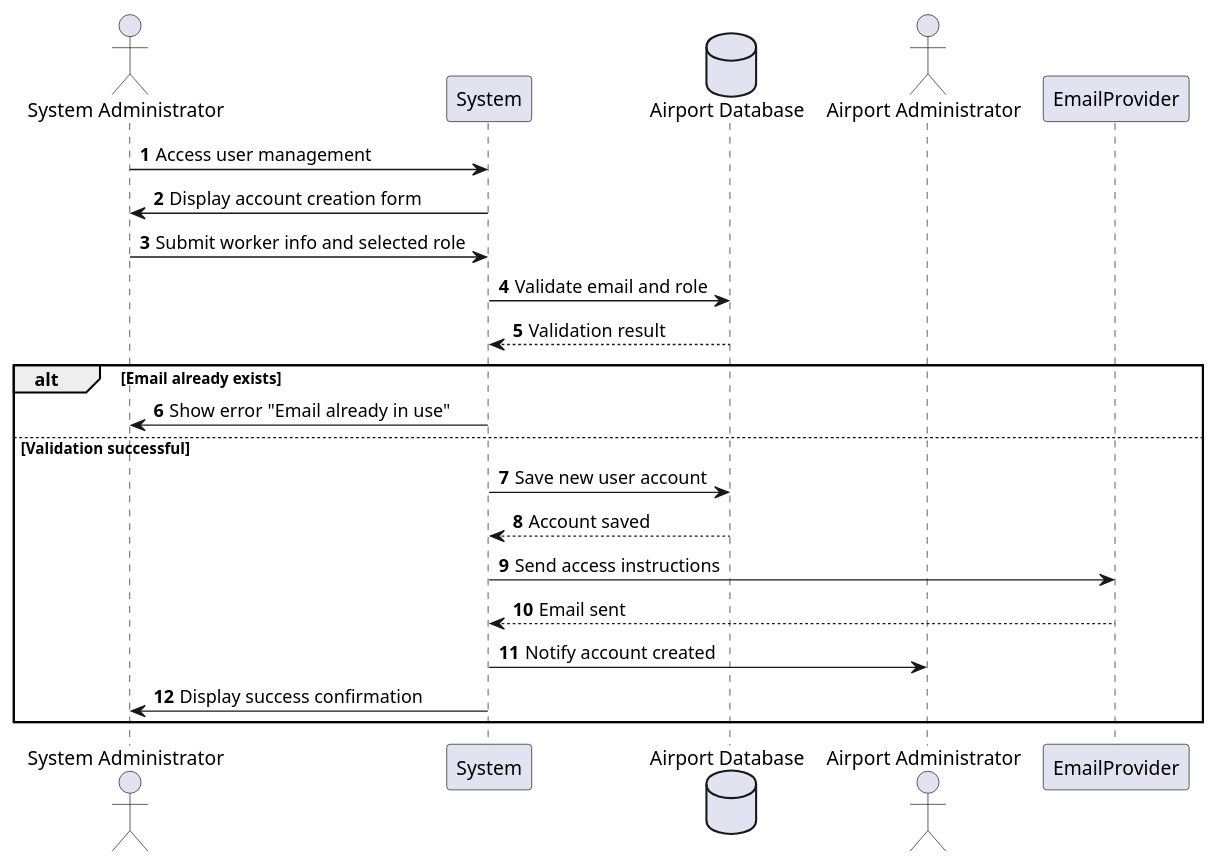
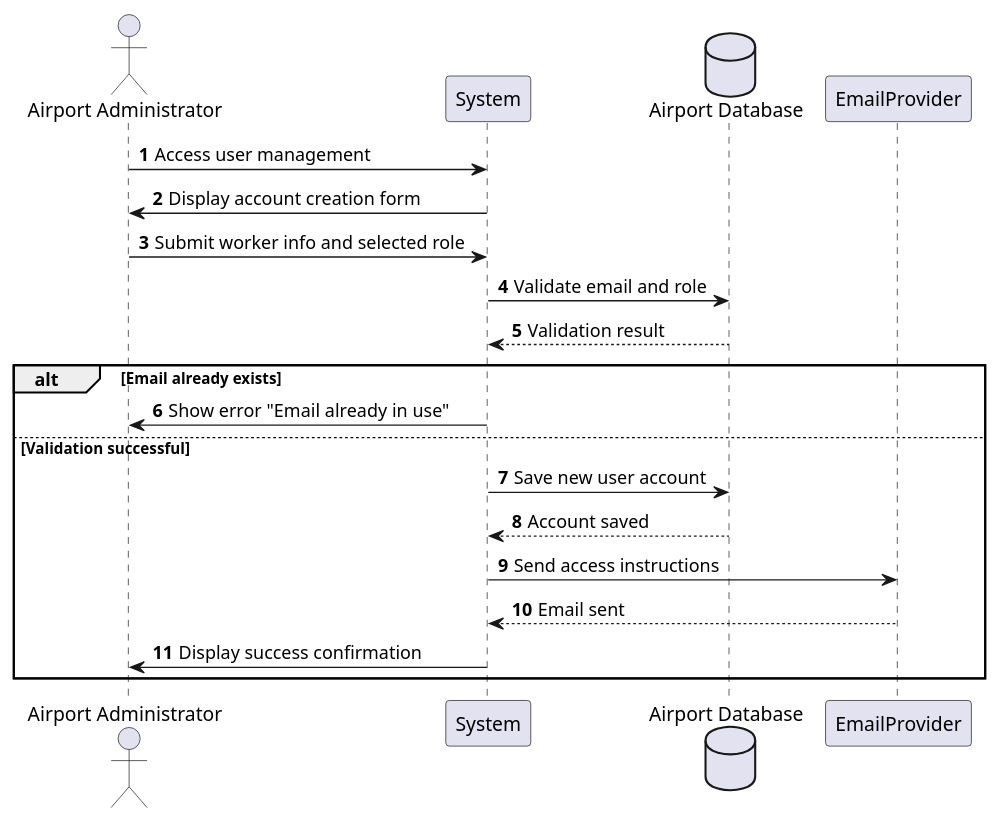
The diagram in docs/uml/UC25.puml (pls-lcu/airpal-SE-25-26-), drawn with PlantUML before and after one commit. The commit also changed 6 other files, not shown here.

Commit message:
merge SystemAdministrator into AirportAdministrator

```diff
--- a/docs/uml/UC25.puml
+++ b/docs/uml/UC25.puml
@@ -1,27 +1,25 @@
 @startuml UC25_UserManagement
 autonumber
 
-actor "System Administrator" as SystemAdministrator
+actor "Airport Administrator" as AirportAdministrator
 participant "System" as Sys
 database "Airport Database" as DB
-actor "Airport Administrator" as AirportAdministrator
 participant "EmailProvider" as EmailProvider
 
-SystemAdministrator -> Sys : Access user management
-Sys -> SystemAdministrator : Display account creation form
-SystemAdministrator -> Sys : Submit worker info and selected role
+AirportAdministrator -> Sys : Access user management
+Sys -> AirportAdministrator : Display account creation form
+AirportAdministrator -> Sys : Submit worker info and selected role
 Sys -> DB : Validate email and role
 DB --> Sys : Validation result
 
 alt Email already exists
-    Sys -> SystemAdministrator : Show error "Email already in use"
+    Sys -> AirportAdministrator : Show error "Email already in use"
 else Validation successful
     Sys -> DB : Save new user account
     DB --> Sys : Account saved
     Sys -> EmailProvider : Send access instructions
     EmailProvider --> Sys : Email sent
-    Sys -> AirportAdministrator : Notify account created
-    Sys -> SystemAdministrator : Display success confirmation
+    Sys -> AirportAdministrator : Display success confirmation
 end
 
 @enduml
```
